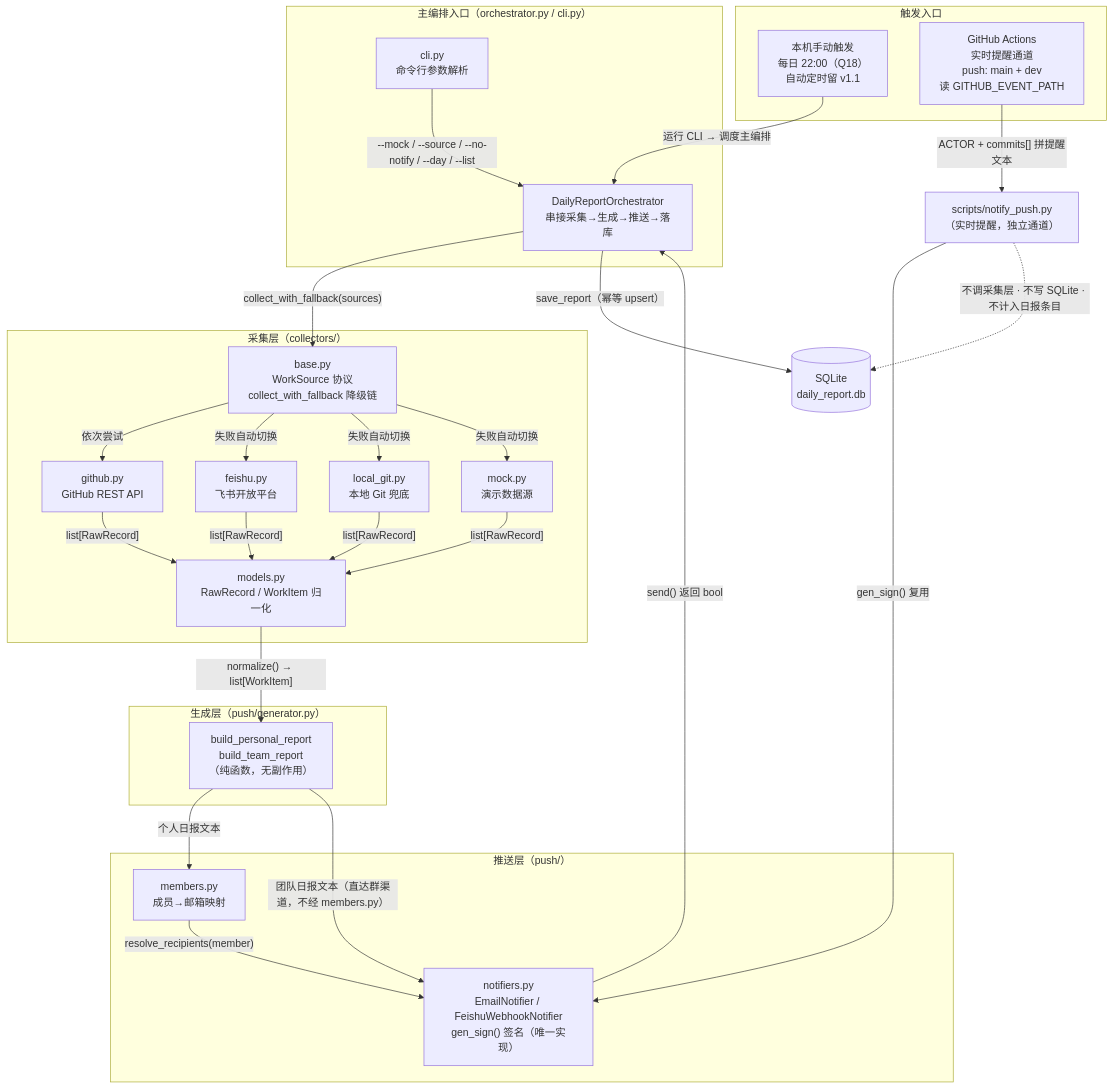
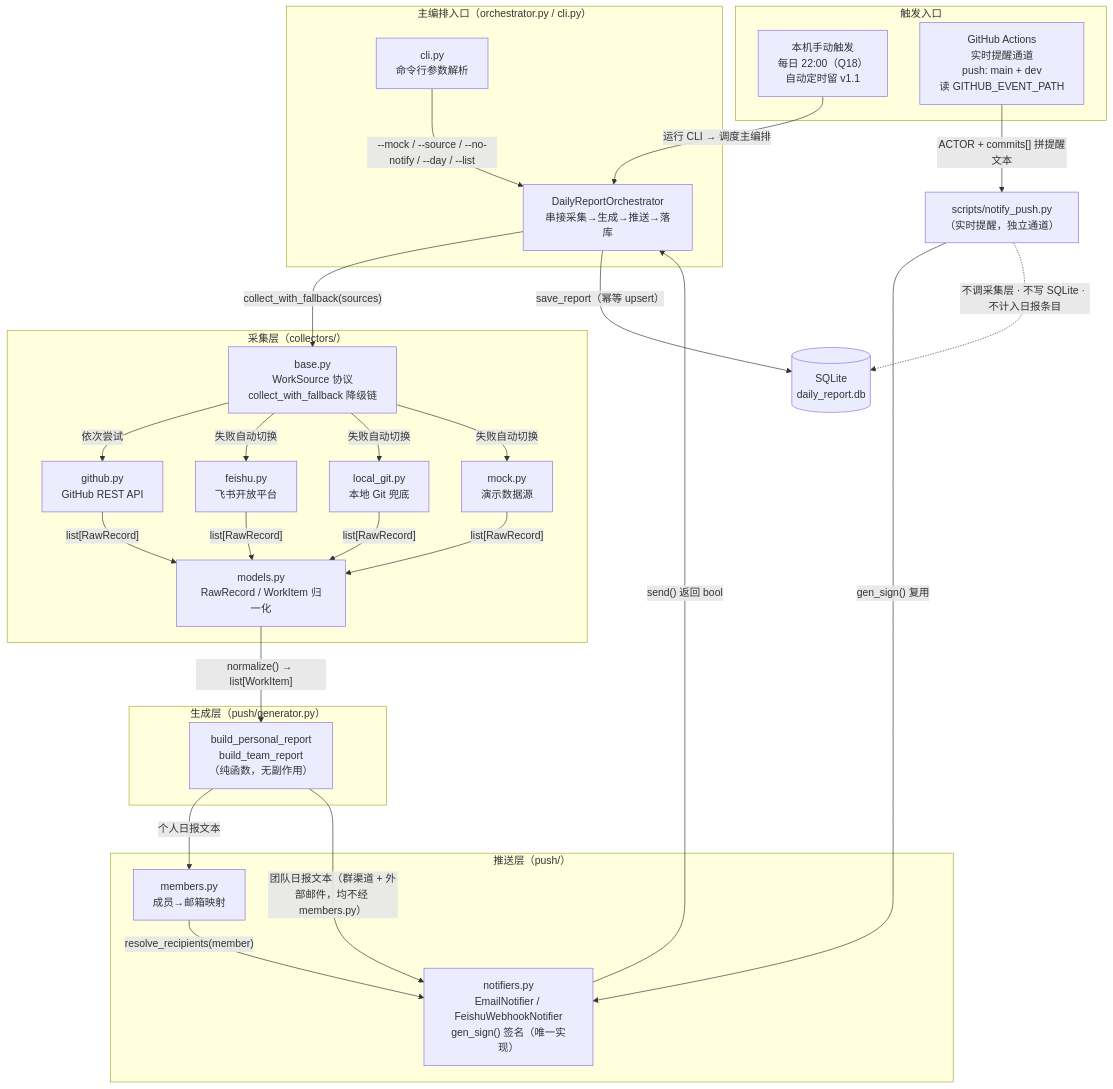
The diagram in v1/specs/design.md (onetwothree-go/smart-daily), drawn with Mermaid before and after one commit. The commit also changed other lines of this file and 5 other files, not shown here.

````diff
--- a/v1/specs/design.md
+++ b/v1/specs/design.md
@@ -19,51 +19,51 @@
 ```mermaid
 flowchart TB
     subgraph T["触发入口"]
         ACT["本机手动触发<br/>每日 22:00（Q18）<br/>自动定时留 v1.1"]
         RT["GitHub Actions<br/>实时提醒通道<br/>push: main + dev<br/>读 GITHUB_EVENT_PATH"]
     end
 
     subgraph L4["主编排入口（orchestrator.py / cli.py）"]
         CLI["cli.py<br/>命令行参数解析"]
         ORCH["DailyReportOrchestrator<br/>串接采集→生成→推送→落库"]
     end
 
     subgraph L1["采集层（collectors/）"]
         BASE["base.py<br/>WorkSource 协议<br/>collect_with_fallback 降级链"]
         GH["github.py<br/>GitHub REST API"]
         FS["feishu.py<br/>飞书开放平台"]
         LG["local_git.py<br/>本地 Git 兜底"]
         MK["mock.py<br/>演示数据源"]
         MODELS["models.py<br/>RawRecord / WorkItem 归一化"]
     end
 
     subgraph L2["生成层（push/generator.py）"]
         GEN["build_personal_report<br/>build_team_report<br/>（纯函数，无副作用）"]
     end
 
     subgraph L3["推送层（push/）"]
         MEM["members.py<br/>成员→邮箱映射"]
         NOT["notifiers.py<br/>EmailNotifier / FeishuWebhookNotifier<br/>gen_sign() 签名（唯一实现）"]
     end
 
     DB[("SQLite<br/>daily_report.db")]
 
     ACT -->|"运行 CLI → 调度主编排"| ORCH
     CLI -->|"--mock / --source / --no-notify / --day / --list"| ORCH
     ORCH -->|"collect_with_fallback(sources)"| BASE
     BASE -->|依次尝试| GH
     BASE -->|失败自动切换| FS
     BASE -->|失败自动切换| LG
     BASE -->|失败自动切换| MK
     GH & FS & LG & MK -->|"list[RawRecord]"| MODELS
     MODELS -->|"normalize() → list[WorkItem]"| GEN
     GEN -->|"个人日报文本"| MEM
     MEM -->|"resolve_recipients(member)"| NOT
-    GEN -->|"团队日报文本（直达群渠道，不经 members.py）"| NOT
+    GEN -->|"团队日报文本（群渠道 + 外部邮件，均不经 members.py）"| NOT
     NOT -->|"send() 返回 bool"| ORCH
     ORCH -->|"save_report（幂等 upsert）"| DB
 
     RT -->|"ACTOR + commits[] 拼提醒文本"| NP["scripts/notify_push.py<br/>（实时提醒，独立通道）"]
     NP -->|"gen_sign() 复用"| NOT
     NP -.->|"不调采集层 · 不写 SQLite · 不计入日报条目"| DB
 ```
````
